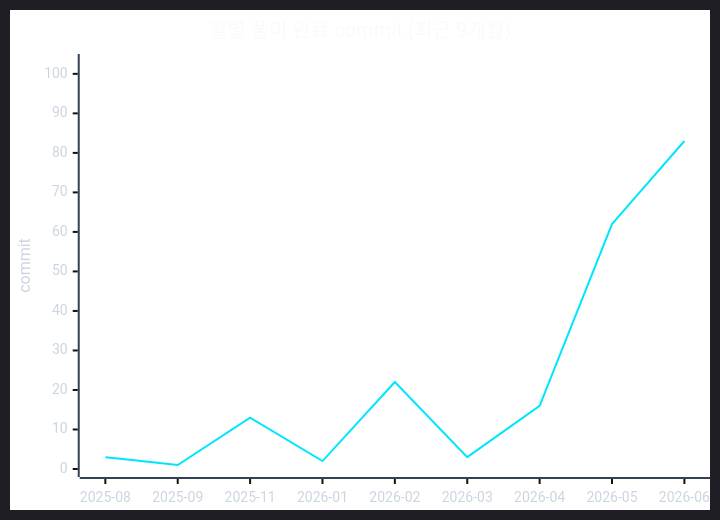
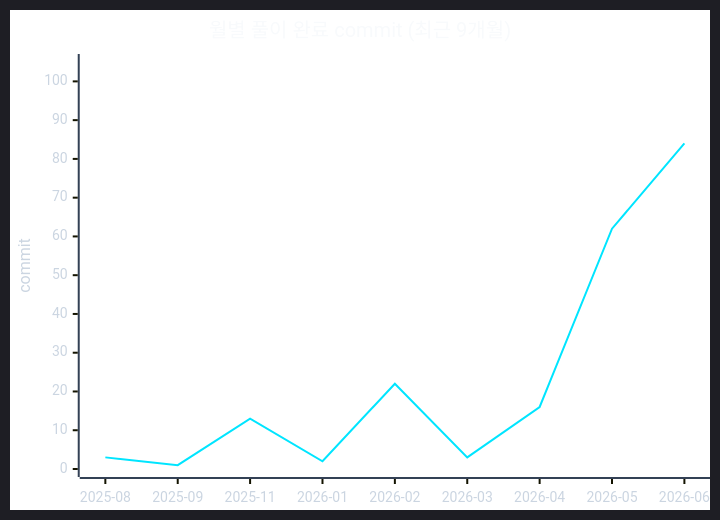
The second of 2 diagrams in readme.md (CHOOSLA/Algorithm), drawn with Mermaid before and after one commit. The commit also changed other lines of this file and 2 other files, not shown here.

````diff
--- a/readme.md
+++ b/readme.md
@@ -71,22 +71,22 @@
 ```mermaid
 ---
 config:
   theme: dark
   themeVariables:
     background: '#0d1117'
     xyChart:
       titleColor: '#f8fafc'
       xAxisLabelColor: '#cbd5e1'
       xAxisTitleColor: '#cbd5e1'
       xAxisLineColor: '#334155'
       yAxisLabelColor: '#cbd5e1'
       yAxisTitleColor: '#cbd5e1'
       yAxisLineColor: '#334155'
       plotColorPalette: '#00e5ff'
 ---
 xychart-beta
   title "월별 풀이 완료 commit (최근 9개월)"
   x-axis ["2025-08", "2025-09", "2025-11", "2026-01", "2026-02", "2026-03", "2026-04", "2026-05", "2026-06"]
-  y-axis "commit" 0 --> 103
-  line [3, 1, 13, 2, 22, 3, 16, 62, 83]
+  y-axis "commit" 0 --> 105
+  line [3, 1, 13, 2, 22, 3, 16, 62, 84]
 ```
````
